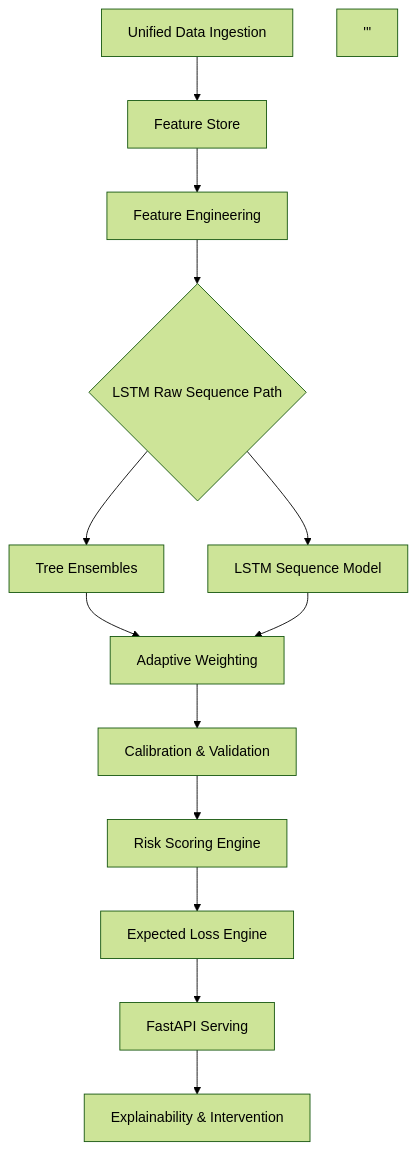
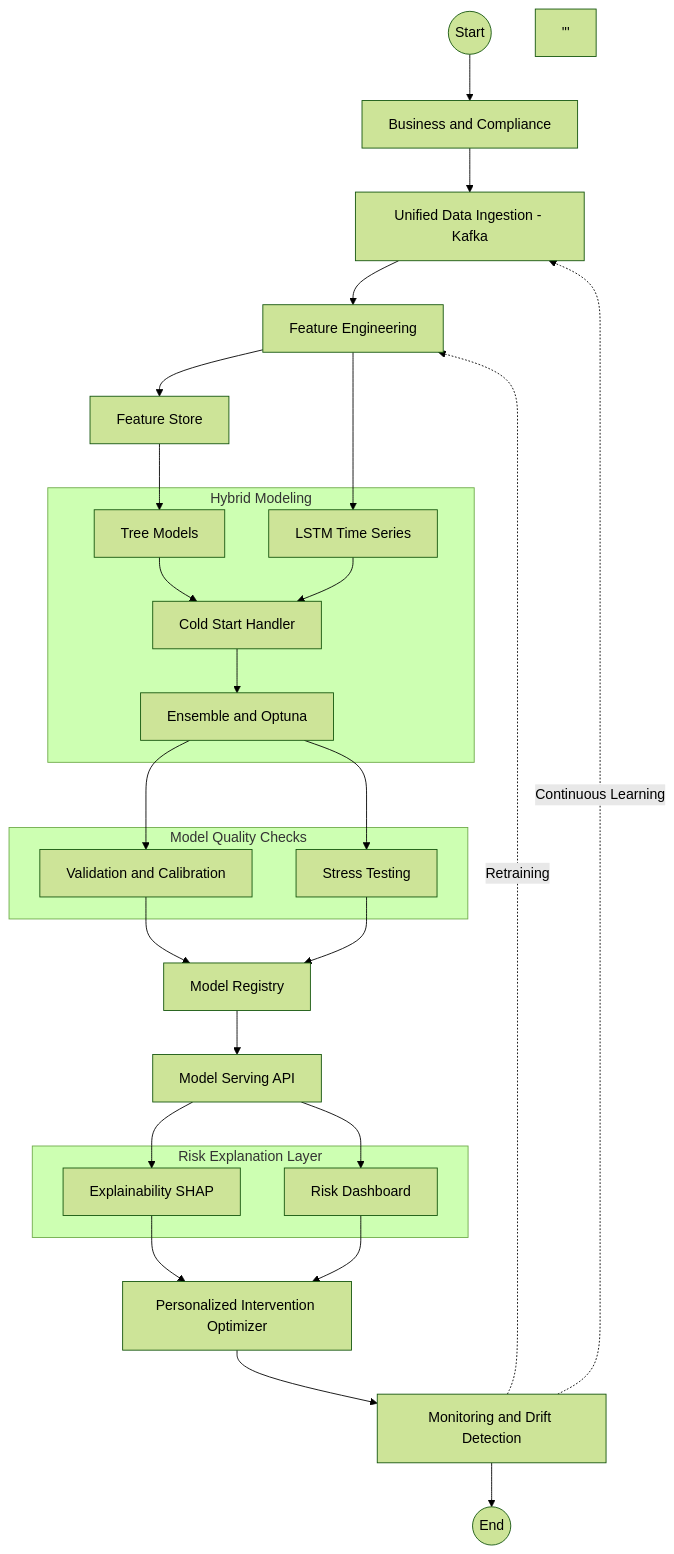
One commit to SHREESH-git/Pre-delinquency-engine changed the diagram in README.md. Above: the diagram before and after it, drawn with Mermaid (forest theme).

Commit message:
Update system architecture diagram in README

````diff
--- a/README.md
+++ b/README.md
@@ -44,16 +44,58 @@
 ```mermaid
-graph TD
-    A[Unified Data Ingestion] --> B[Feature Store]
-    B --> C[Feature Engineering]
-    C --> D{LSTM Raw Sequence Path}
-    D --> E[Tree Ensembles]
-    D --> F[LSTM Sequence Model]
-    E --> G[Adaptive Weighting]
-    F --> G
-    G --> H[Calibration & Validation]
-    H --> I[Risk Scoring Engine]
-    I --> J[Expected Loss Engine]
-    J --> K[FastAPI Serving]
-    K --> L[Explainability & Intervention]
+flowchart TD
+
+    Start((Start)) --> BC[Business and Compliance]
+    BC --> UDI[Unified Data Ingestion - Kafka]
+
+    UDI --> FE[Feature Engineering]
+    FE --> FS[Feature Store]
+
+    %% Hybrid Modeling
+    subgraph HM[Hybrid Modeling]
+        TM[Tree Models]
+        LSTM[LSTM Time Series]
+        CSH[Cold Start Handler]
+        ENS[Ensemble and Optuna]
+
+        TM --> CSH
+        LSTM --> CSH
+        CSH --> ENS
+    end
+
+    FS --> TM
+    FE --> LSTM
+
+    %% Model Quality Checks
+    subgraph MQC[Model Quality Checks]
+        VC[Validation and Calibration]
+        ST[Stress Testing]
+    end
+
+    ENS --> VC
+    ENS --> ST
+
+    VC --> MR[Model Registry]
+    ST --> MR
+
+    MR --> API[Model Serving API]
+
+    %% Risk Explanation Layer
+    subgraph REL[Risk Explanation Layer]
+        SHAP[Explainability SHAP]
+        RD[Risk Dashboard]
+    end
+
+    API --> SHAP
+    API --> RD
+
+    SHAP --> PIO[Personalized Intervention Optimizer]
+    RD --> PIO
+
+    PIO --> MDD[Monitoring and Drift Detection]
+    MDD --> End((End))
+
+    %% Continuous Learning Loop
+    MDD -. Continuous Learning .-> UDI
+    MDD -. Retraining .-> FE
 '''
 ```
````
